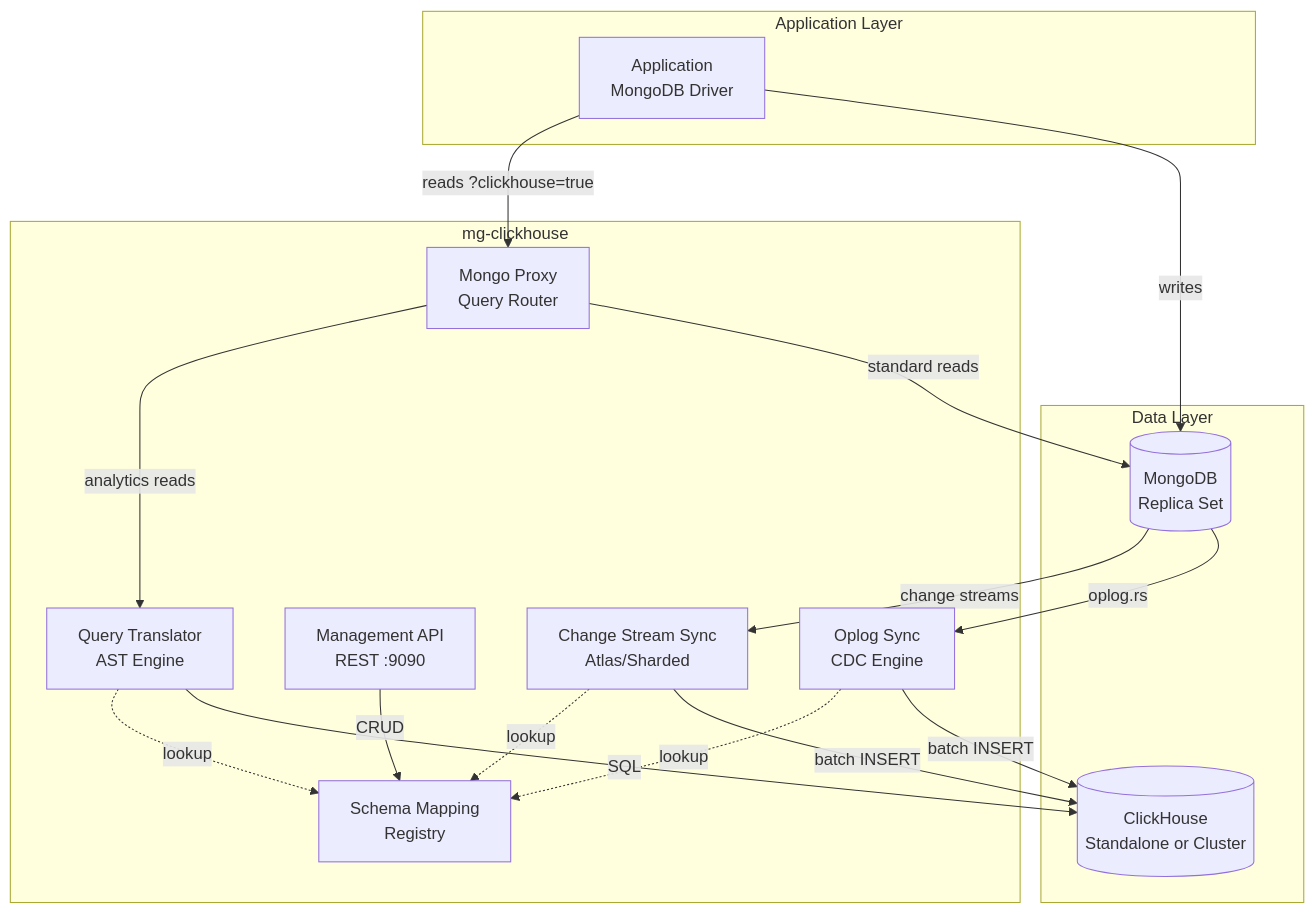
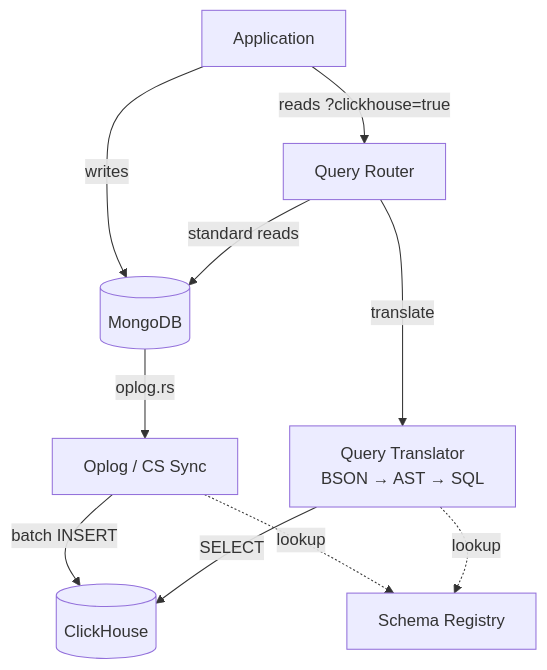
Before and after one commit to mrityunjaysharma/mongo-flux: the first of 6 diagrams in docs/design.md, drawn with Mermaid. The commit also changed other lines of this file and 1 other file, not shown here.

````diff
--- a/docs/design.md
+++ b/docs/design.md
@@ -29,34 +15,12 @@
 ```mermaid
-graph TB
-    subgraph Application Layer
-        APP[Application<br/>MongoDB Driver]
-    end
-
-    subgraph mg-clickhouse
-        PROXY[Mongo Proxy<br/>Query Router]
-        TRANSLATOR[Query Translator<br/>AST Engine]
-        API[Management API<br/>REST :9090]
-        OPLOG[Oplog Sync<br/>CDC Engine]
-        CS[Change Stream Sync<br/>Atlas/Sharded]
-        REGISTRY[Schema Mapping<br/>Registry]
-    end
-
-    subgraph Data Layer
-        MONGO[(MongoDB<br/>Replica Set)]
-        CH[(ClickHouse<br/>Standalone or Cluster)]
-    end
-
-    APP -->|writes| MONGO
-    APP -->|reads ?clickhouse=true| PROXY
-    PROXY -->|standard reads| MONGO
-    PROXY -->|analytics reads| TRANSLATOR
-    TRANSLATOR -->|SQL| CH
-    MONGO -->|oplog.rs| OPLOG
-    MONGO -->|change streams| CS
-    OPLOG -->|batch INSERT| CH
-    CS -->|batch INSERT| CH
-    API -->|CRUD| REGISTRY
-    OPLOG -.->|lookup| REGISTRY
-    CS -.->|lookup| REGISTRY
-    TRANSLATOR -.->|lookup| REGISTRY
+flowchart TD
+    APP[Application] -->|writes| MG[(MongoDB)]
+    MG -->|oplog.rs| SYNC[Oplog / CS Sync]
+    SYNC -->|batch INSERT| CH[(ClickHouse)]
+    APP -->|"reads ?clickhouse=true"| ROUTER[Query Router]
+    ROUTER -->|translate| XLAT[Query Translator<br/>BSON → AST → SQL]
+    XLAT -->|SELECT| CH
+    ROUTER -->|standard reads| MG
+    SYNC -.->|lookup| REG[Schema Registry]
+    XLAT -.->|lookup| REG
 ```
````
